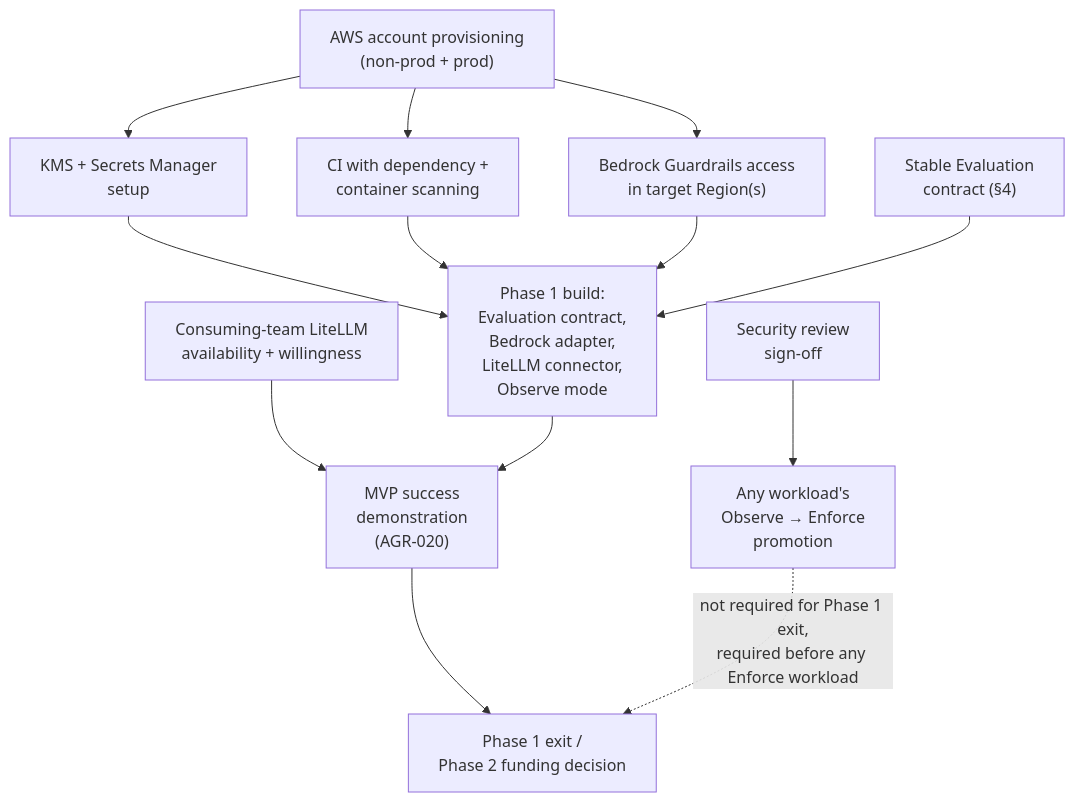
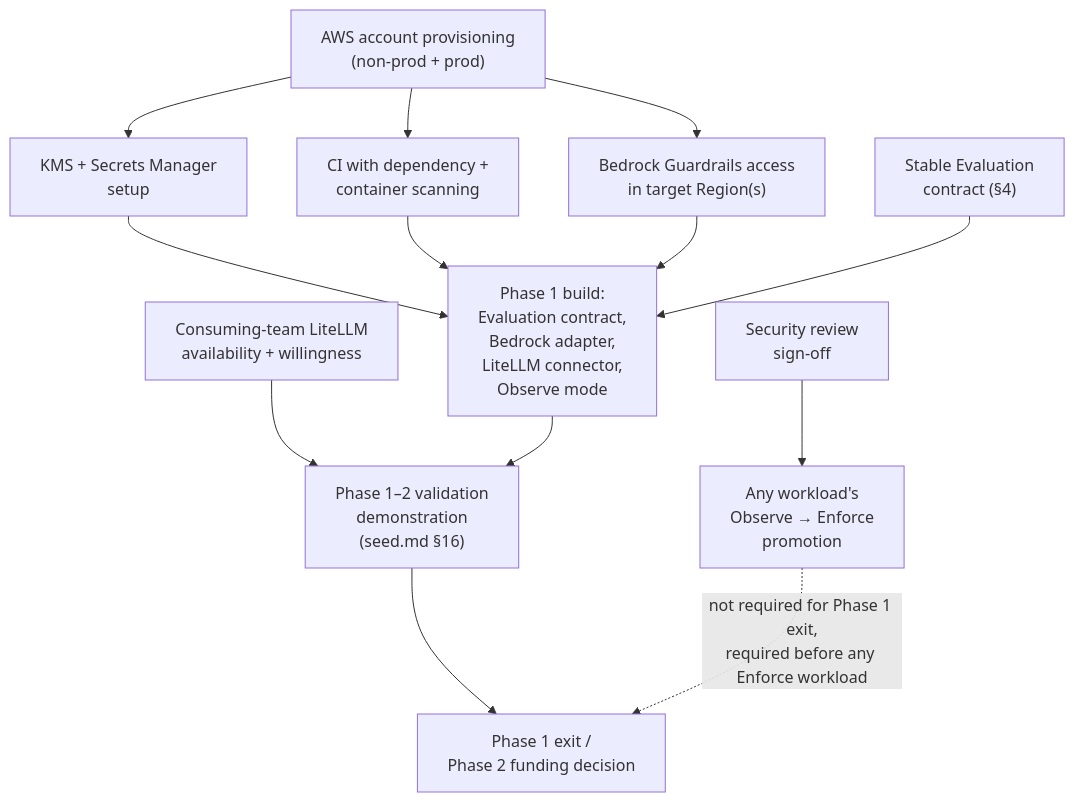
One commit to veglezMX/guardrails changed the second of 2 diagrams in solution-docs/60-delivery/DEPENDENCIES.md. Above: the diagram before and after it, drawn with Mermaid. The commit also changed other lines of this file and 70 other files, not shown here.

````diff
--- a/solution-docs/60-delivery/DEPENDENCIES.md
+++ b/solution-docs/60-delivery/DEPENDENCIES.md
@@ -171,19 +172,19 @@
 ```mermaid
 flowchart TD
     ACC["AWS account provisioning\n(non-prod + prod)"] --> KMS["KMS + Secrets Manager\nsetup"]
     ACC --> CI["CI with dependency +\ncontainer scanning"]
     ACC --> BR["Bedrock Guardrails access\nin target Region(s)"]
 
     KMS --> P1["Phase 1 build:\nEvaluation contract,\nBedrock adapter,\nLiteLLM connector,\nObserve mode"]
     CI --> P1
     BR --> P1
     CONTRACT["Stable Evaluation\ncontract (§4)"] --> P1
 
-    LITELLM["Consuming-team LiteLLM\navailability + willingness"] --> DEMO["MVP success\ndemonstration\n(AGR-020)"]
+    LITELLM["Consuming-team LiteLLM\navailability + willingness"] --> DEMO["Phase 1–2 validation\ndemonstration\n(seed.md §16)"]
     P1 --> DEMO
 
     SEC["Security review\nsign-off"] --> ENFORCE["Any workload's\nObserve → Enforce\npromotion"]
 
     DEMO --> GATE["Phase 1 exit /\nPhase 2 funding decision"]
     ENFORCE -.->|"not required for Phase 1 exit,\nrequired before any Enforce workload"| GATE
 ```
````
